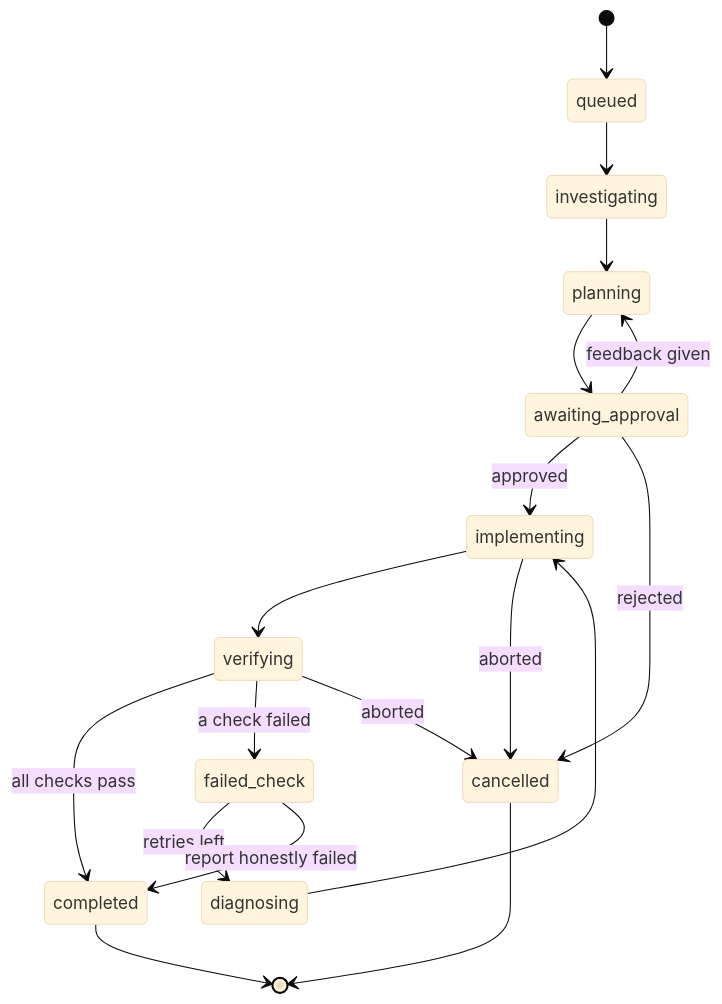
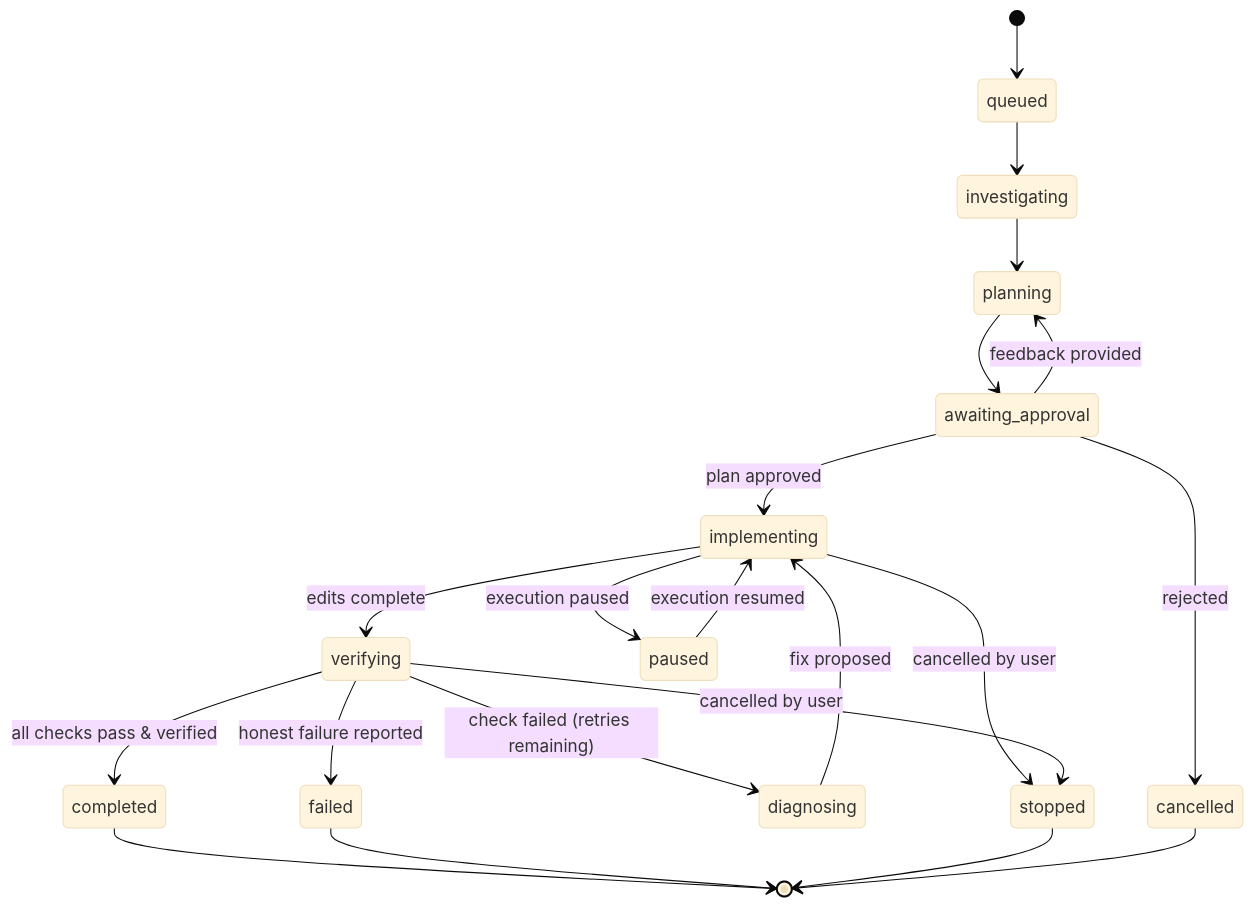
The fifth of 6 diagrams in README.md (SairajMN/TERMINUS), drawn with Mermaid (base theme) before and after one commit. The commit also changed other lines of this file and 100 other files, not shown here.

````diff
--- a/README.md
+++ b/README.md
@@ -151,20 +277,23 @@
 ```mermaid
 stateDiagram-v2
     [*] --> queued
     queued --> investigating
     investigating --> planning
     planning --> awaiting_approval
-    awaiting_approval --> planning: feedback given
-    awaiting_approval --> implementing: approved
+    awaiting_approval --> planning: feedback provided
+    awaiting_approval --> implementing: plan approved
     awaiting_approval --> cancelled: rejected
-    implementing --> verifying
-    verifying --> completed: all checks pass
-    verifying --> failed_check: a check failed
-    failed_check --> diagnosing: retries left
-    failed_check --> completed: report honestly failed
-    diagnosing --> implementing
-    implementing --> cancelled: aborted
-    verifying --> cancelled: aborted
+    implementing --> verifying: edits complete
+    verifying --> completed: all checks pass & verified
+    verifying --> diagnosing: check failed (retries remaining)
+    diagnosing --> implementing: fix proposed
+    verifying --> failed: honest failure reported
+    implementing --> paused: execution paused
+    paused --> implementing: execution resumed
+    implementing --> stopped: cancelled by user
+    verifying --> stopped: cancelled by user
     completed --> [*]
+    failed --> [*]
+    stopped --> [*]
     cancelled --> [*]
 ```
````
